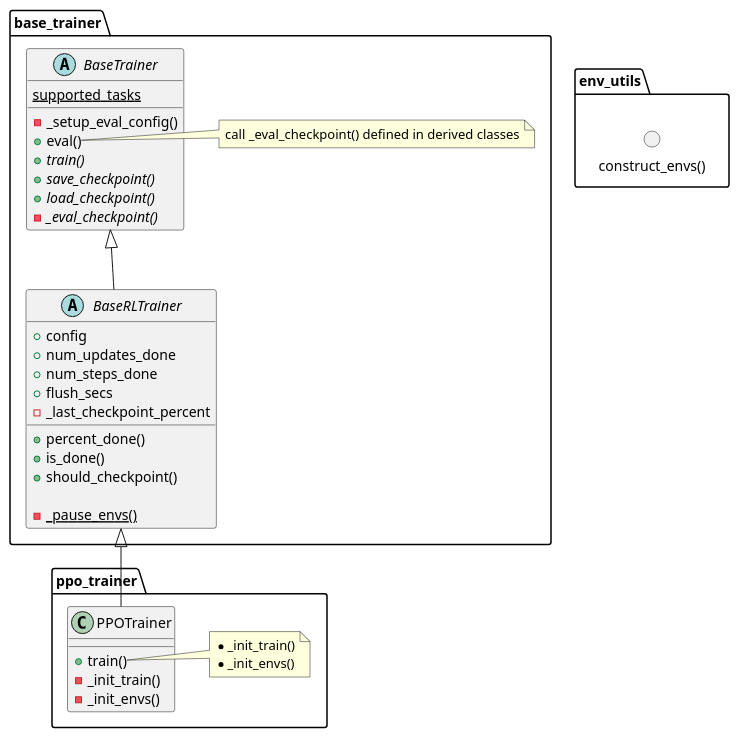
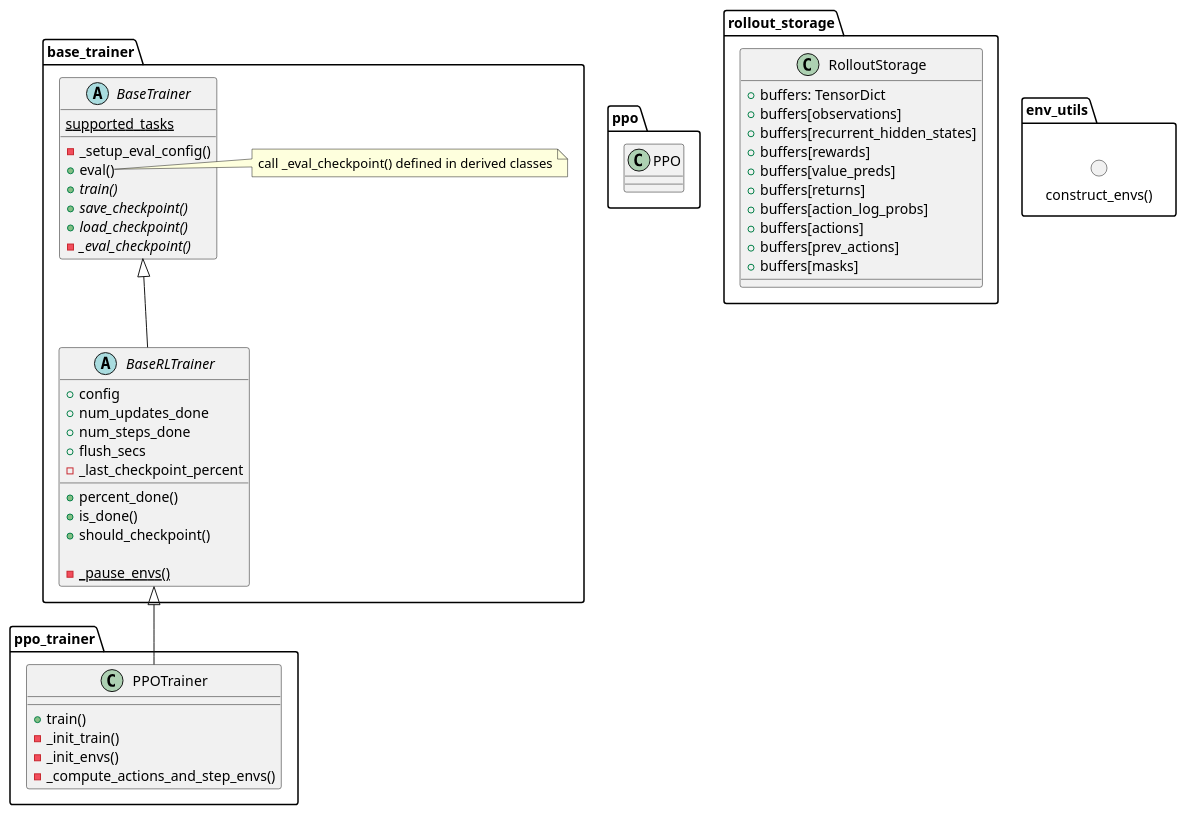
One commit to againxx/Notes changed the eighth of 8 diagrams in Projects/Scanbot/habitat_lab.md. Above: the diagram before and after it, drawn with PlantUML. The commit also changed other lines of this file, not shown here.

````diff
--- a/Projects/Scanbot/habitat_lab.md
+++ b/Projects/Scanbot/habitat_lab.md
@@ -250,51 +455,69 @@
 ```plantuml
 package base_trainer {
     abstract class BaseTrainer {
         {static} supported_tasks
         -_setup_eval_config()
         +eval()
         {abstract} +train()
         {abstract} +save_checkpoint()
         {abstract} +load_checkpoint()
         {abstract} -_eval_checkpoint()
     }
 
     abstract class BaseRLTrainer {
         +config
         +num_updates_done
         +num_steps_done
         +flush_secs
         -_last_checkpoint_percent
 
         +percent_done()
         +is_done()
         +should_checkpoint()
 
         {static} -_pause_envs()
     }
 
     BaseTrainer <|-- BaseRLTrainer
 
     note right of BaseTrainer::eval()
         call _eval_checkpoint() defined in derived classes
     end note
 }
 
 package ppo_trainer {
     class PPOTrainer {
         +train()
         -_init_train()
         -_init_envs()
+        -_compute_actions_and_step_envs()
     }
 
     BaseRLTrainer <|-- PPOTrainer
-    note right of PPOTrainer::train()
-        * _init_train()
-        * _init_envs()
-    end note
+}
+
+package ppo {
+    class PPO {
+
+    }
+}
+
+package rollout_storage {
+    class RolloutStorage {
+        +buffers: TensorDict
+        +buffers[observations]
+        +buffers[recurrent_hidden_states]
+        +buffers[rewards]
+        +buffers[value_preds]
+        +buffers[returns]
+        +buffers[action_log_probs]
+        +buffers[actions]
+        +buffers[prev_actions]
+        +buffers[masks]
+    }
 }
 
 package env_utils {
     () "construct_envs()"
 }
 ```
````
